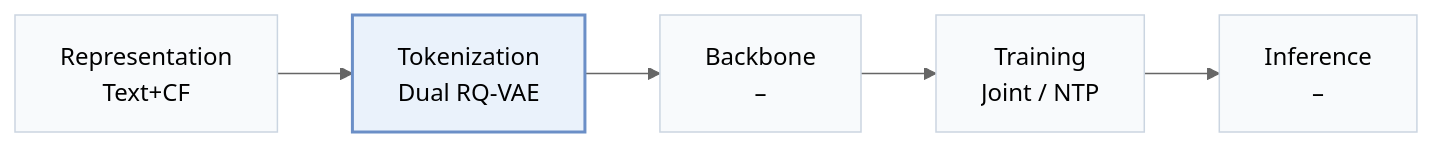
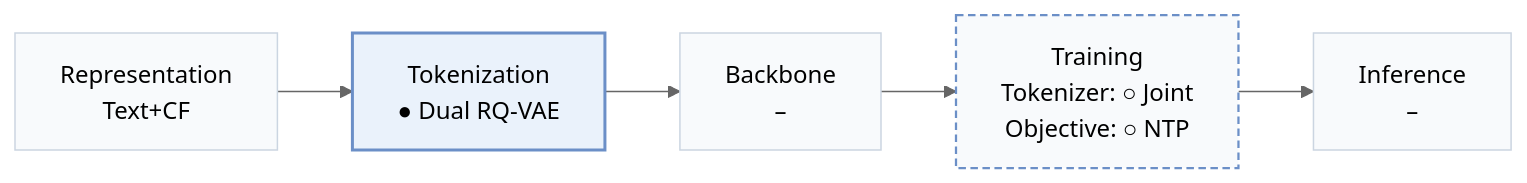
Before and after one commit to Galaxy-ghost/Awesome-SID-Generative-Rec: the first of 2 diagrams in pages/papers/flexcode.md, drawn with Mermaid (neutral theme). The commit also changed other lines of this file and 558 other files, not shown here.

````diff
--- a/pages/papers/flexcode.md
+++ b/pages/papers/flexcode.md
@@ -15,8 +18,10 @@
 ```mermaid
 flowchart LR
-    R["Representation<br/>Text+CF"] --> T["Tokenization<br/>Dual RQ-VAE"] --> B["Backbone<br/>–"] --> TR["Training<br/>Joint / NTP"] --> I["Inference<br/>–"]
+    R["Representation<br/>Text+CF"] --> T["Tokenization<br/>● Dual RQ-VAE"] --> B["Backbone<br/>–"] --> TR["Training<br/>Tokenizer: ○ Joint<br/>Objective: ○ NTP"] --> I["Inference<br/>–"]
     classDef base fill:#f8fafc,stroke:#cbd5e1
     class R,T,B,TR,I base
+    classDef other fill:#f8fafc,stroke:#6b8fc7,stroke-width:1.5px,stroke-dasharray:5 3
+    class TR other
     classDef main fill:#eaf2fb,stroke:#6b8fc7,stroke-width:2px
     class T main
 ```
````
